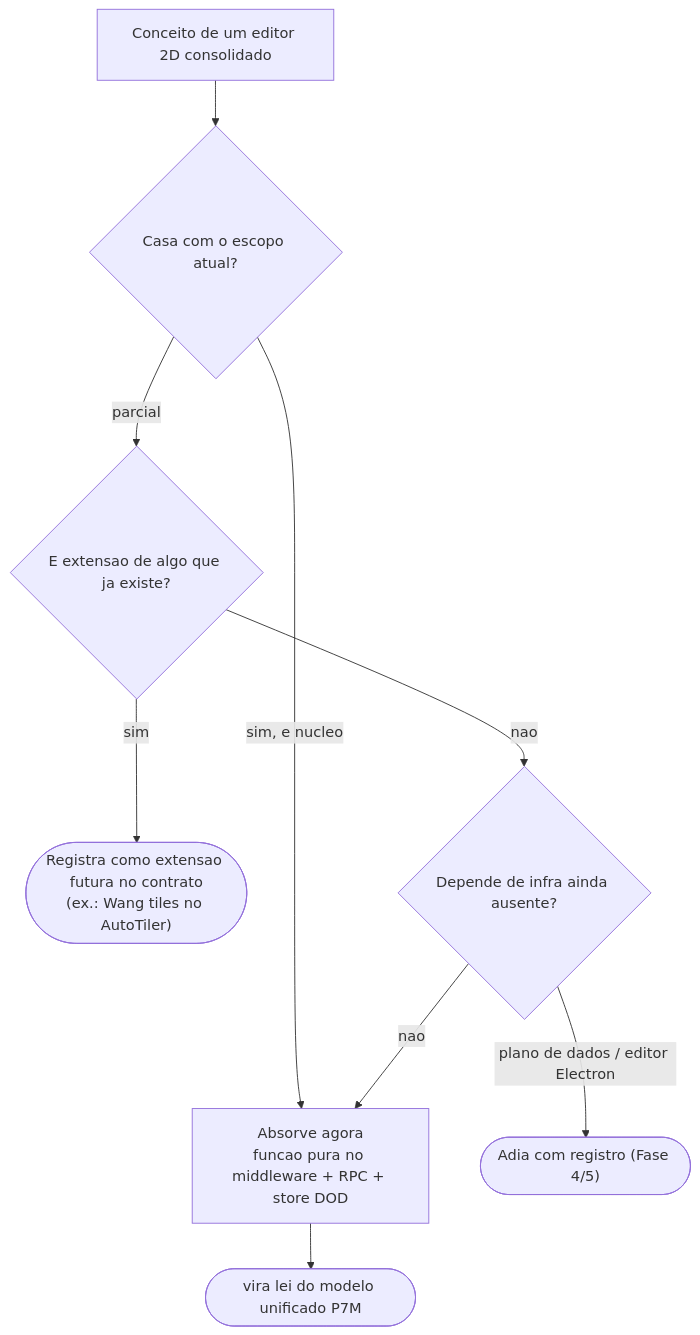
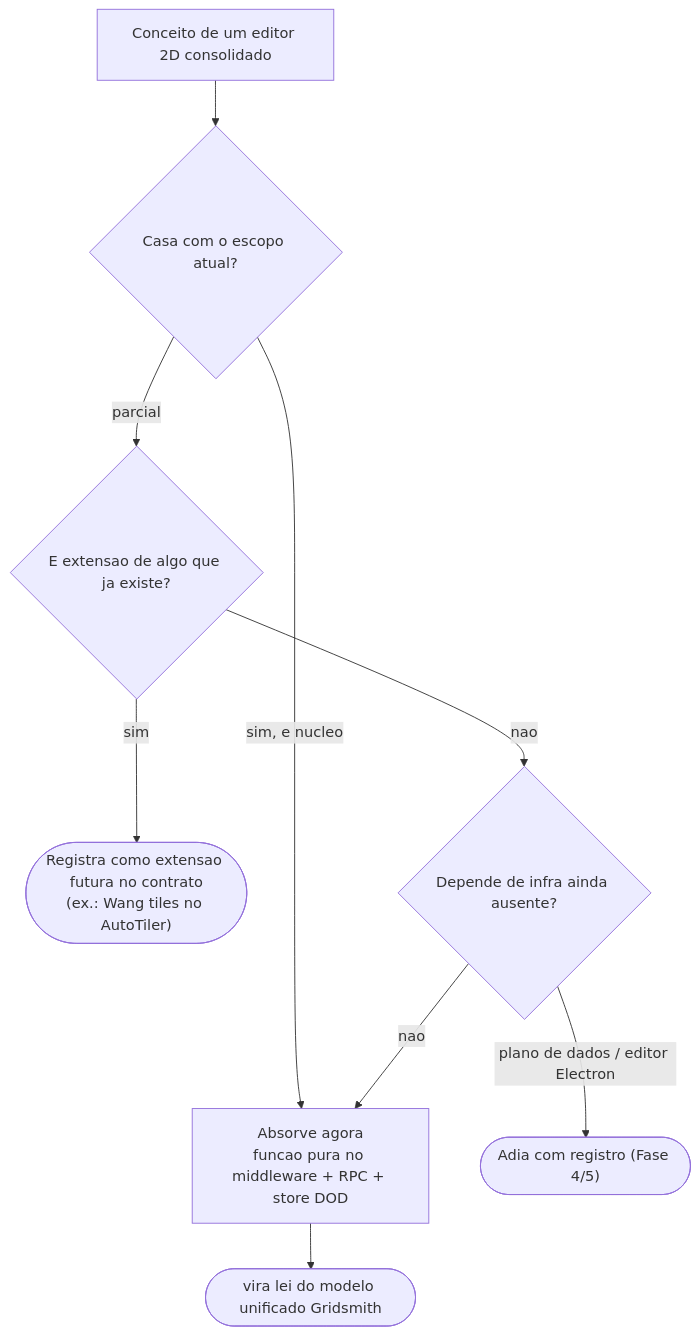
The fourth of 4 diagrams in docs/RESEARCH-EDITOR-LANDSCAPE.md (flaviotinococoutinho/Gridsmith), drawn with Mermaid before and after one commit. The commit also changed other lines of this file and 220 other files, not shown here.

````diff
--- a/docs/RESEARCH-EDITOR-LANDSCAPE.md
+++ b/docs/RESEARCH-EDITOR-LANDSCAPE.md
@@ -205,11 +205,11 @@
 ```mermaid
 graph TD
   A["Conceito de um editor 2D consolidado"] --> B{"Casa com o escopo atual?"}
   B -->|"sim, e nucleo"| C["Absorve agora<br/>funcao pura no middleware + RPC + store DOD"]
   B -->|"parcial"| D{"E extensao de algo que ja existe?"}
   D -->|"sim"| E(["Registra como extensao futura no contrato<br/>(ex.: Wang tiles no AutoTiler)"])
   D -->|"nao"| F{"Depende de infra ainda ausente?"}
   F -->|"plano de dados / editor Electron"| G(["Adia com registro (Fase 4/5)"])
   F -->|"nao"| C
-  C --> H(["vira lei do modelo unificado P7M"])
+  C --> H(["vira lei do modelo unificado Gridsmith"])
 ```
````
